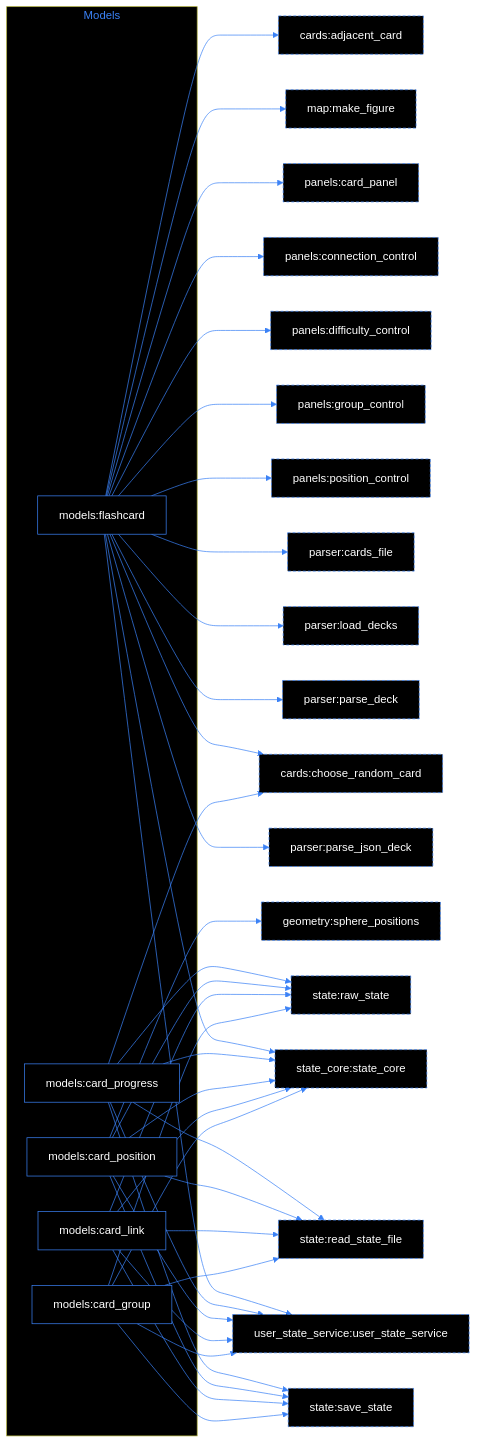
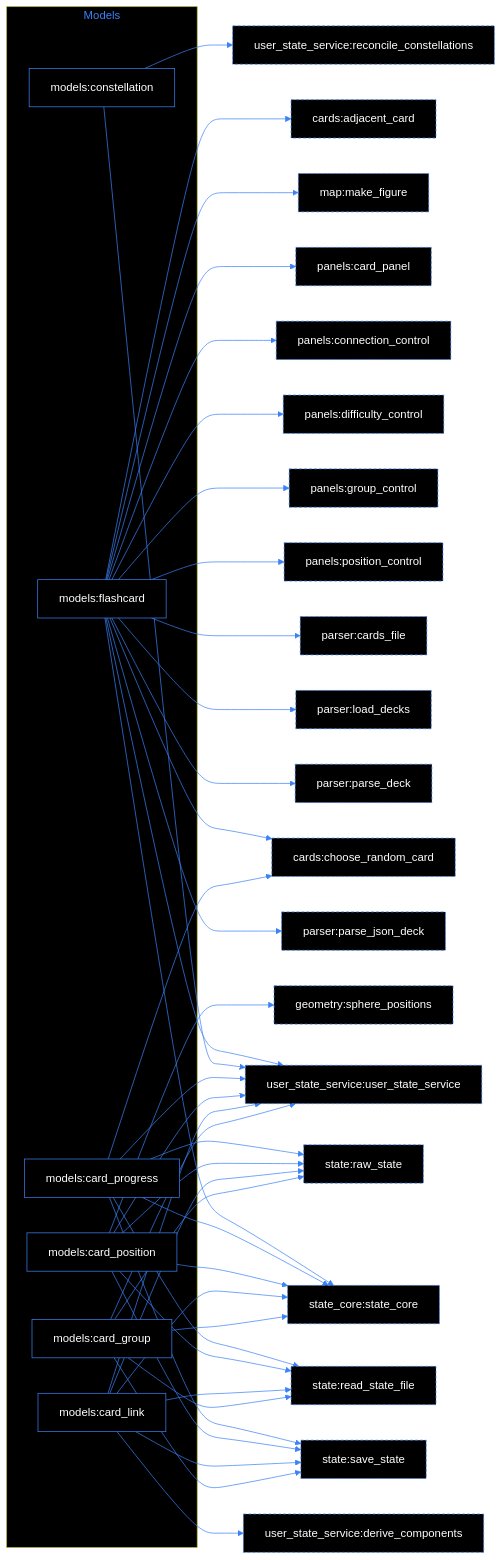
The ninth of 10 diagrams in INDEX.md (ArtjomAdamow/Fennelkernel-flashcards), drawn with Mermaid before and after one commit. The commit also changed other lines of this file and 31 other files, not shown here.

````diff
--- a/INDEX.md
+++ b/INDEX.md
@@ -819,71 +866,77 @@
 ```mermaid
 graph LR
     %% arrow A --> B: B uses A; dashed = component of another section
     %% dashed arrow A -.-> B: transitive relation (data flow through module-level variables)
     classDef ext stroke: #3b82f6,stroke-dasharray: 4 3
     linkStyle default stroke: #3b82f6, color: #3b82f6
     classDef default fill: #000000ff, stroke: #3b82f6, color: #ffffffff
 
     subgraph sg_section_7["Models"]
+        n_models_constellation["models:constellation"]
         n_models_flashcard["models:flashcard"]
         n_models_card_position["models:card_position"]
         n_models_card_progress["models:card_progress"]
         n_models_card_group["models:card_group"]
         n_models_card_link["models:card_link"]
     end
     style sg_section_7 color: #3b82f6, fill: #000000ff
     n_cards_adjacent_card["cards:adjacent_card"]:::ext
     n_cards_choose_random_card["cards:choose_random_card"]:::ext
     n_geometry_sphere_positions["geometry:sphere_positions"]:::ext
     n_map_make_figure["map:make_figure"]:::ext
     n_panels_card_panel["panels:card_panel"]:::ext
     n_panels_connection_control["panels:connection_control"]:::ext
     n_panels_difficulty_control["panels:difficulty_control"]:::ext
     n_panels_group_control["panels:group_control"]:::ext
     n_panels_position_control["panels:position_control"]:::ext
     n_parser_cards_file["parser:cards_file"]:::ext
     n_parser_load_decks["parser:load_decks"]:::ext
     n_parser_parse_deck["parser:parse_deck"]:::ext
     n_parser_parse_json_deck["parser:parse_json_deck"]:::ext
     n_state_raw_state["state:raw_state"]:::ext
     n_state_read_state_file["state:read_state_file"]:::ext
     n_state_save_state["state:save_state"]:::ext
     n_state_core_state_core["state_core:state_core"]:::ext
+    n_user_state_service_derive_components["user_state_service:derive_components"]:::ext
+    n_user_state_service_reconcile_constellations["user_state_service:reconcile_constellations"]:::ext
     n_user_state_service_user_state_service["user_state_service:user_state_service"]:::ext
     n_models_card_group --> n_state_raw_state
     n_models_card_group --> n_state_read_state_file
     n_models_card_group --> n_state_save_state
     n_models_card_group --> n_state_core_state_core
     n_models_card_group --> n_user_state_service_user_state_service
     n_models_card_link --> n_state_raw_state
     n_models_card_link --> n_state_read_state_file
     n_models_card_link --> n_state_save_state
     n_models_card_link --> n_state_core_state_core
+    n_models_card_link --> n_user_state_service_derive_components
     n_models_card_link --> n_user_state_service_user_state_service
     n_models_card_position --> n_geometry_sphere_positions
     n_models_card_position --> n_state_raw_state
     n_models_card_position --> n_state_read_state_file
     n_models_card_position --> n_state_save_state
     n_models_card_position --> n_state_core_state_core
     n_models_card_position --> n_user_state_service_user_state_service
     n_models_card_progress --> n_cards_choose_random_card
     n_models_card_progress --> n_state_raw_state
     n_models_card_progress --> n_state_read_state_file
     n_models_card_progress --> n_state_save_state
     n_models_card_progress --> n_state_core_state_core
     n_models_card_progress --> n_user_state_service_user_state_service
+    n_models_constellation --> n_user_state_service_reconcile_constellations
+    n_models_constellation --> n_user_state_service_user_state_service
     n_models_flashcard --> n_cards_adjacent_card
     n_models_flashcard --> n_cards_choose_random_card
     n_models_flashcard --> n_map_make_figure
     n_models_flashcard --> n_panels_card_panel
     n_models_flashcard --> n_panels_connection_control
     n_models_flashcard --> n_panels_difficulty_control
     n_models_flashcard --> n_panels_group_control
     n_models_flashcard --> n_panels_position_control
     n_models_flashcard --> n_parser_cards_file
     n_models_flashcard --> n_parser_load_decks
     n_models_flashcard --> n_parser_parse_deck
     n_models_flashcard --> n_parser_parse_json_deck
     n_models_flashcard --> n_state_core_state_core
     n_models_flashcard --> n_user_state_service_user_state_service
 ```
````
